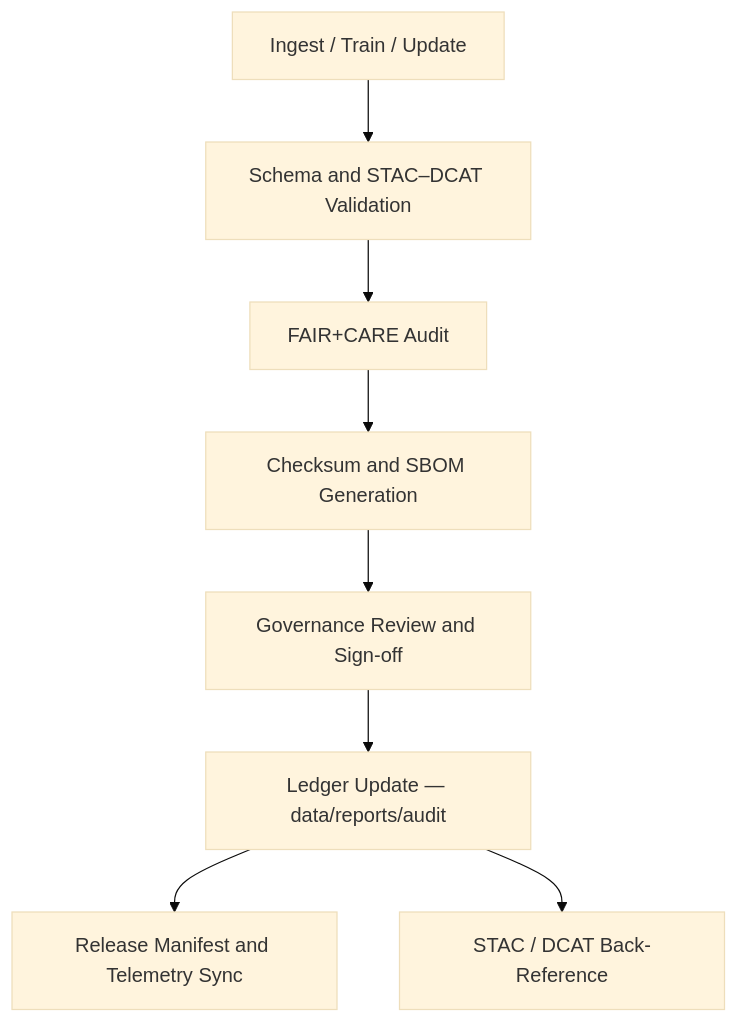
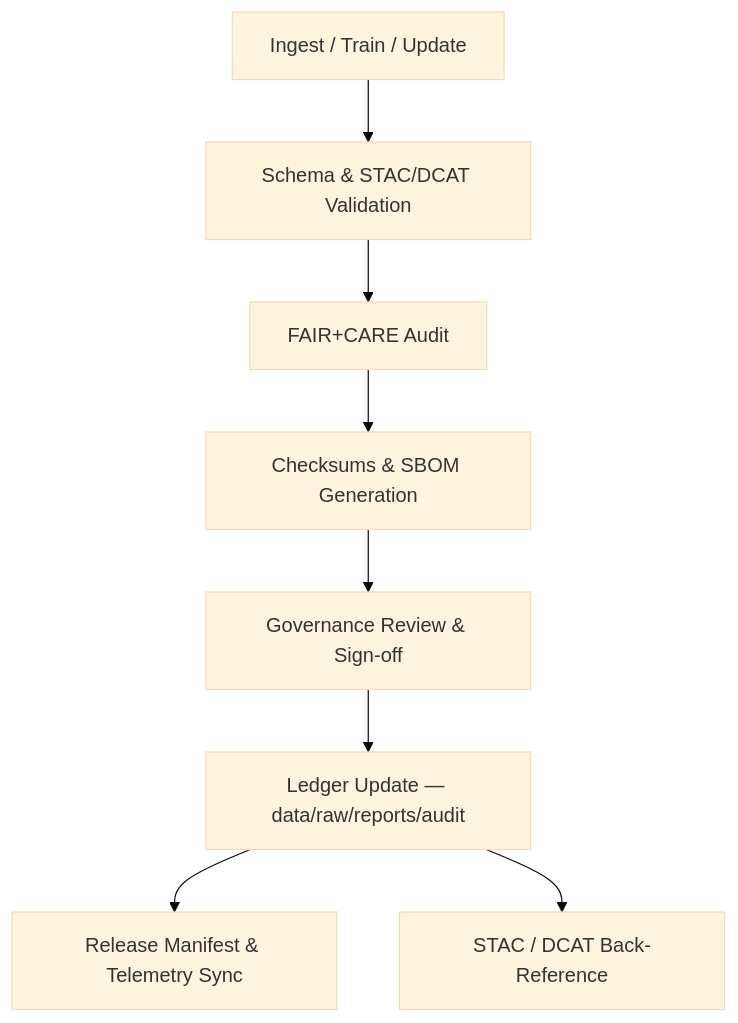
One commit to bartytime4life/Kansas-Frontier-Matrix changed the diagram in data/reports/audit/README.md. Above: the diagram before and after it, drawn with Mermaid (base theme). The commit also changed other lines of this file, not shown here.

````diff
--- a/data/reports/audit/README.md
+++ b/data/reports/audit/README.md
@@ -62,10 +67,10 @@
 ```mermaid
 flowchart TD
-  A["Ingest / Train / Update"] --> B["Schema and STAC–DCAT Validation"]
+  A["Ingest / Train / Update"] --> B["Schema & STAC/DCAT Validation"]
   B --> C["FAIR+CARE Audit"]
-  C --> D["Checksum and SBOM Generation"]
-  D --> E["Governance Review and Sign-off"]
-  E --> F["Ledger Update — data/reports/audit"]
-  F --> G["Release Manifest and Telemetry Sync"]
+  C --> D["Checksums & SBOM Generation"]
+  D --> E["Governance Review & Sign-off"]
+  E --> F["Ledger Update — data/raw/reports/audit"]
+  F --> G["Release Manifest & Telemetry Sync"]
   F --> H["STAC / DCAT Back-Reference"]
 ```
````
